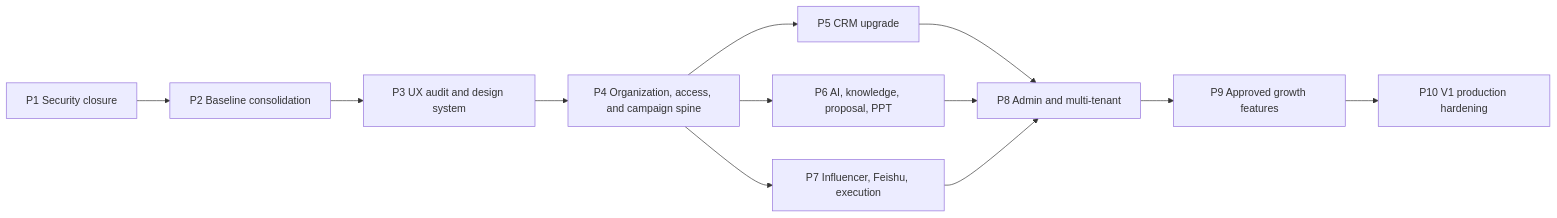
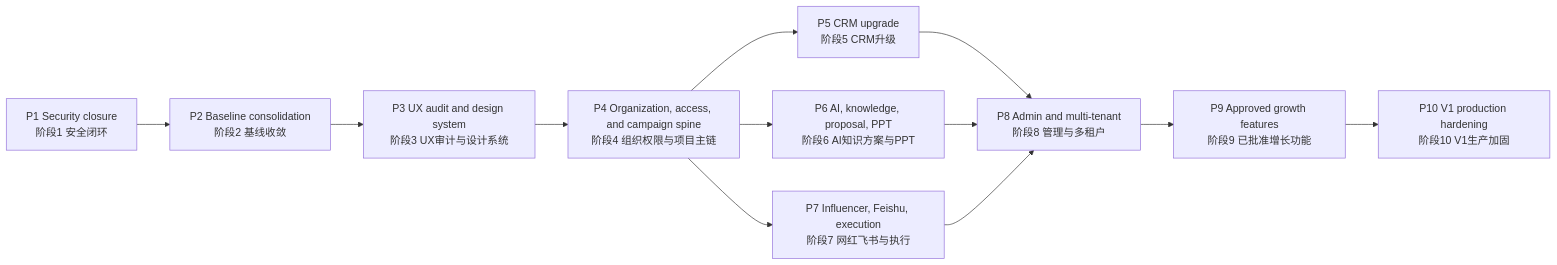
Before and after one commit to derrickyang1998/Turingsalesworkingplatform: the diagram in docs/superpowers/plans/2026-07-12-turingmarket-platform-roadmap.md, drawn with Mermaid. The commit also changed other lines of this file, not shown here.

Commit message:
docs: publish bilingual platform roadmap

````diff
--- a/docs/superpowers/plans/2026-07-12-turingmarket-platform-roadmap.md
+++ b/docs/superpowers/plans/2026-07-12-turingmarket-platform-roadmap.md
@@ -57,14 +65,14 @@
 ```mermaid
 flowchart LR
-    P1["P1 Security closure"] --> P2["P2 Baseline consolidation"]
-    P2 --> P3["P3 UX audit and design system"]
-    P3 --> P4["P4 Organization, access, and campaign spine"]
-    P4 --> P5["P5 CRM upgrade"]
-    P4 --> P6["P6 AI, knowledge, proposal, PPT"]
-    P4 --> P7["P7 Influencer, Feishu, execution"]
-    P5 --> P8["P8 Admin and multi-tenant"]
+    P1["P1 Security closure<br/>阶段1 安全闭环"] --> P2["P2 Baseline consolidation<br/>阶段2 基线收敛"]
+    P2 --> P3["P3 UX audit and design system<br/>阶段3 UX审计与设计系统"]
+    P3 --> P4["P4 Organization, access, and campaign spine<br/>阶段4 组织权限与项目主链"]
+    P4 --> P5["P5 CRM upgrade<br/>阶段5 CRM升级"]
+    P4 --> P6["P6 AI, knowledge, proposal, PPT<br/>阶段6 AI知识方案与PPT"]
+    P4 --> P7["P7 Influencer, Feishu, execution<br/>阶段7 网红飞书与执行"]
+    P5 --> P8["P8 Admin and multi-tenant<br/>阶段8 管理与多租户"]
     P6 --> P8
     P7 --> P8
-    P8 --> P9["P9 Approved growth features"]
-    P9 --> P10["P10 V1 production hardening"]
+    P8 --> P9["P9 Approved growth features<br/>阶段9 已批准增长功能"]
+    P9 --> P10["P10 V1 production hardening<br/>阶段10 V1生产加固"]
 ```
````
